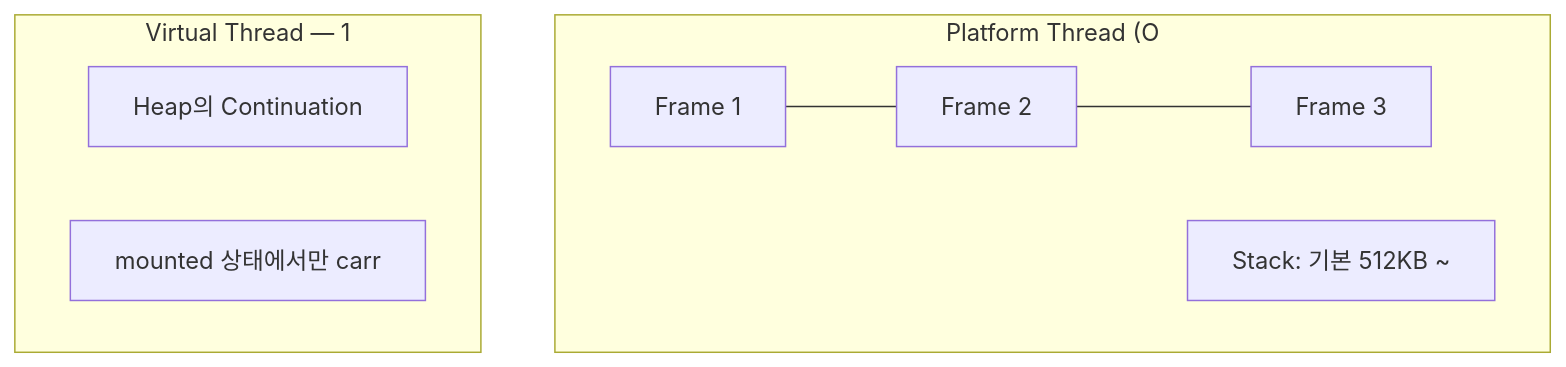
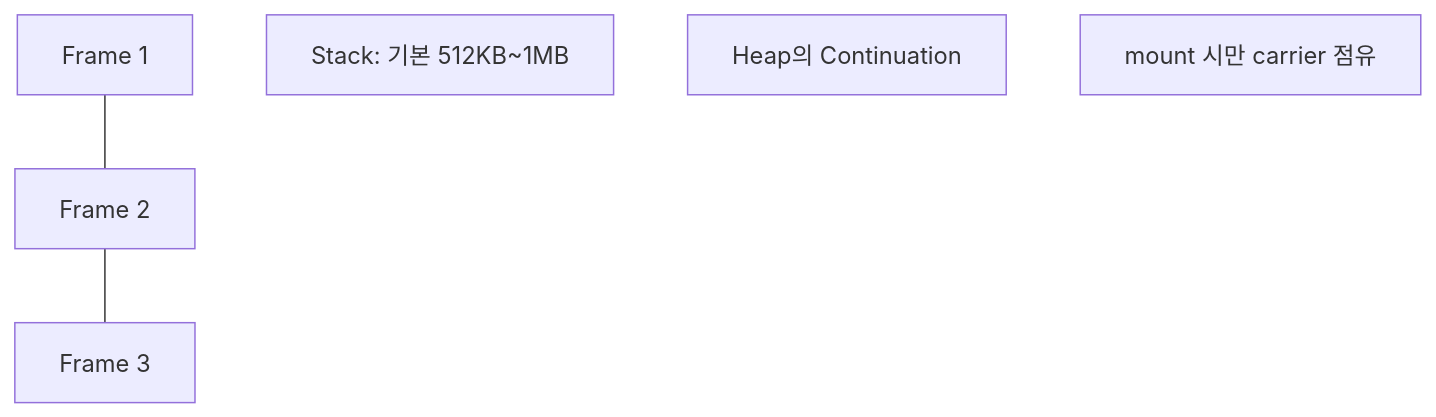
Before and after one commit to yjkim2015/yjkim2015.github.io: the second of 7 diagrams in _posts/java/2026-05-01-java-virtual-thread.md, drawn with Mermaid. The commit also changed other lines of this file and 155 other files, not shown here.

First line of the commit message:
Mermaid 전면 수정: subgraph 제거, participant/노드/줄수 축소 (342블록)

````diff
--- a/_posts/java/2026-05-01-java-virtual-thread.md
+++ b/_posts/java/2026-05-01-java-virtual-thread.md
@@ -79,11 +79,7 @@
 ```mermaid
 graph TD
-  subgraph PT["Platform Thread (O"]
-    F1[Frame 1] --- F2[Frame 2] --- F3[Frame 3]
-    NOTE1["Stack: 기본 512KB ~"]
-  end
-  subgraph VT["Virtual Thread — 1"]
-    CONT["Heap의 Continuation"]
-    NOTE2["mounted 상태에서만 carr"]
-  end
+  F1[Frame 1] --- F2[Frame 2] --- F3[Frame 3]
+  NOTE1["Stack: 기본 512KB~1MB"]
+  CONT["Heap의 Continuation"]
+  NOTE2["mount 시만 carrier 점유"]
 ```
````
